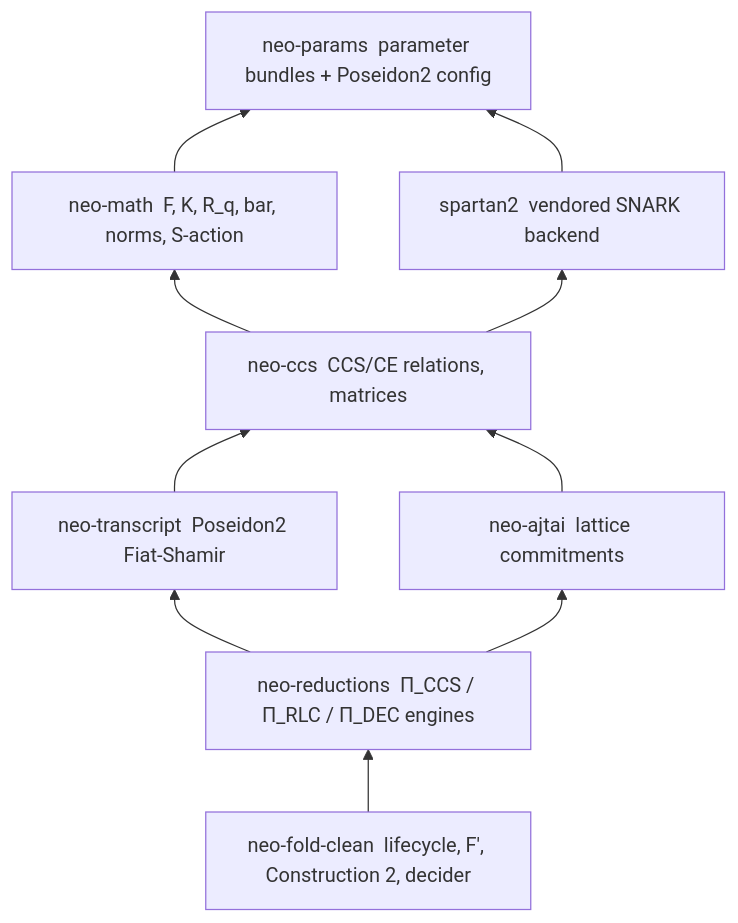
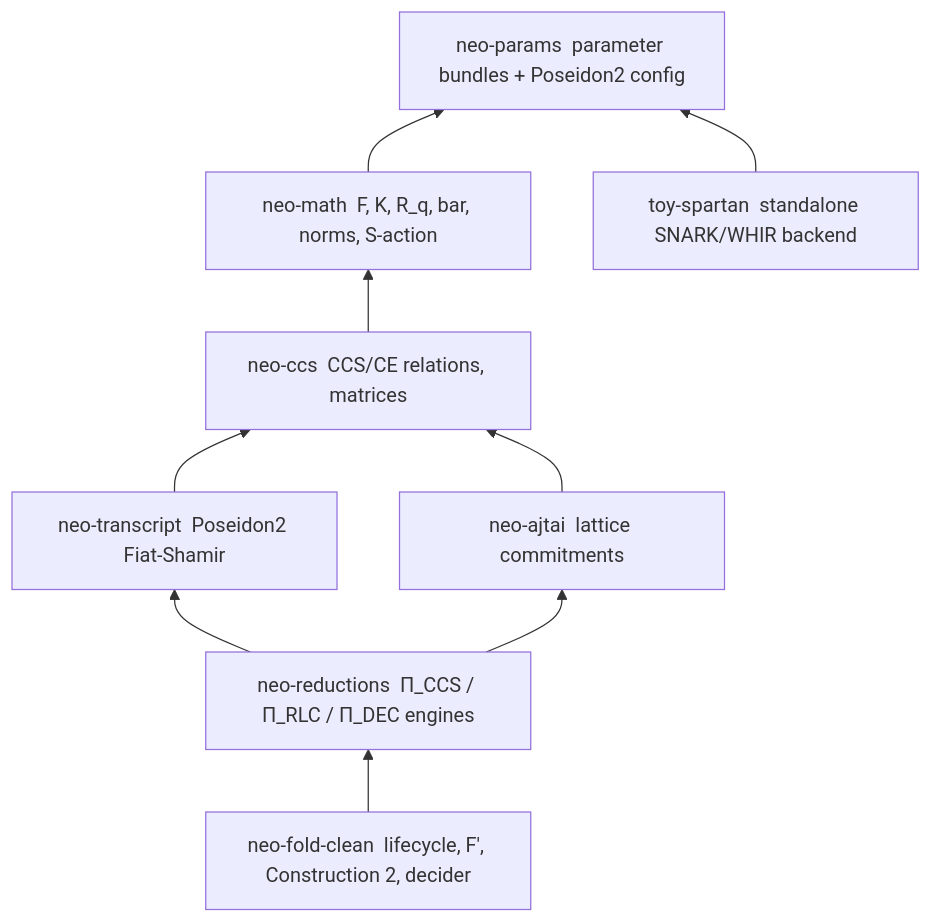
One commit to LFDT-Nightstream/Nightstream changed the diagram in wiki/architecture/index.md. Above: the diagram before and after it, drawn with Mermaid. The commit also changed other lines of this file and 73 other files, not shown here.

First line of the commit message:
build(workspace): isolate Toy Spartan and register prover backends

````diff
--- a/wiki/architecture/index.md
+++ b/wiki/architecture/index.md
@@ -7,21 +7,20 @@
 ```mermaid
 graph BT
     params["neo-params&nbsp;&nbsp;parameter bundles + Poseidon2 config"]
     math["neo-math&nbsp;&nbsp;F, K, R_q, bar, norms, S-action"]
-    s2["spartan2&nbsp;&nbsp;vendored SNARK backend"]
+    s2["toy-spartan&nbsp;&nbsp;standalone SNARK/WHIR backend"]
     ccs["neo-ccs&nbsp;&nbsp;CCS/CE relations, matrices"]
     tr["neo-transcript&nbsp;&nbsp;Poseidon2 Fiat-Shamir"]
     ajtai["neo-ajtai&nbsp;&nbsp;lattice commitments"]
     red["neo-reductions&nbsp;&nbsp;Π_CCS / Π_RLC / Π_DEC engines"]
     fold["neo-fold-clean&nbsp;&nbsp;lifecycle, F′, Construction 2, decider"]
 
     math --> params
     s2 --> params
     ccs --> math
-    ccs --> s2
     tr --> ccs
     ajtai --> ccs
     red --> ajtai
     red --> tr
     fold --> red
 ```
````
